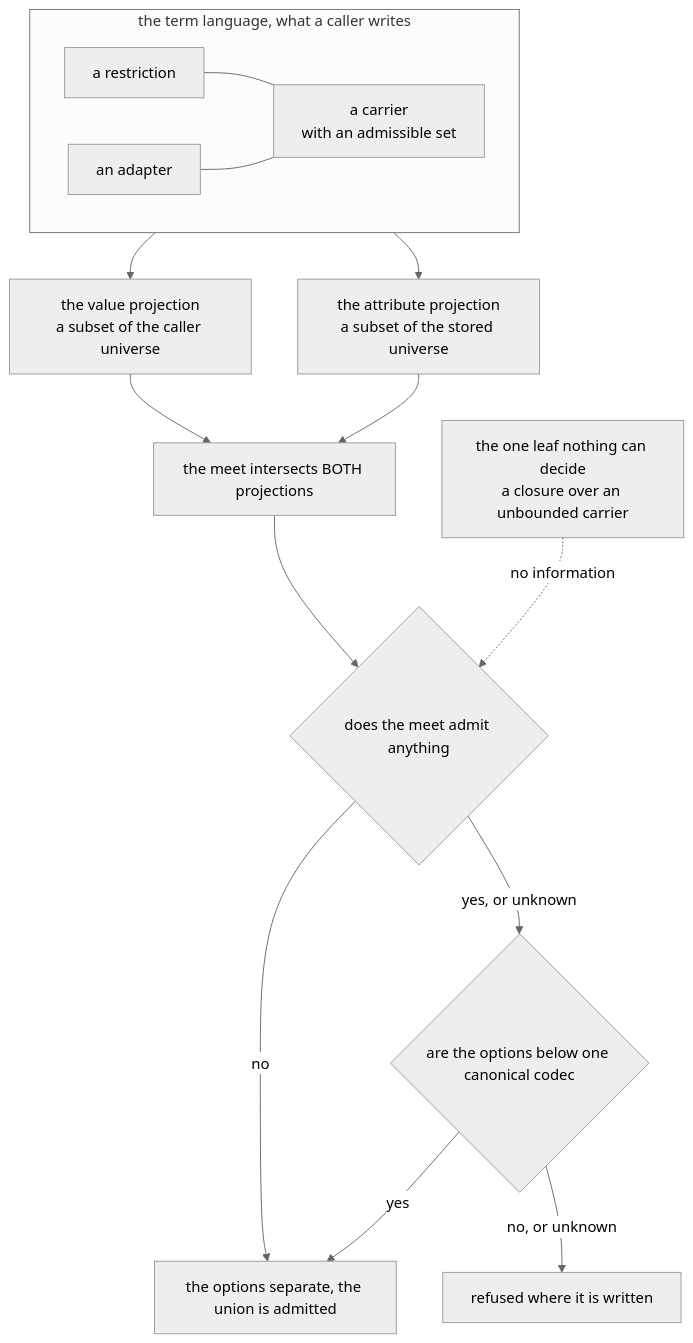
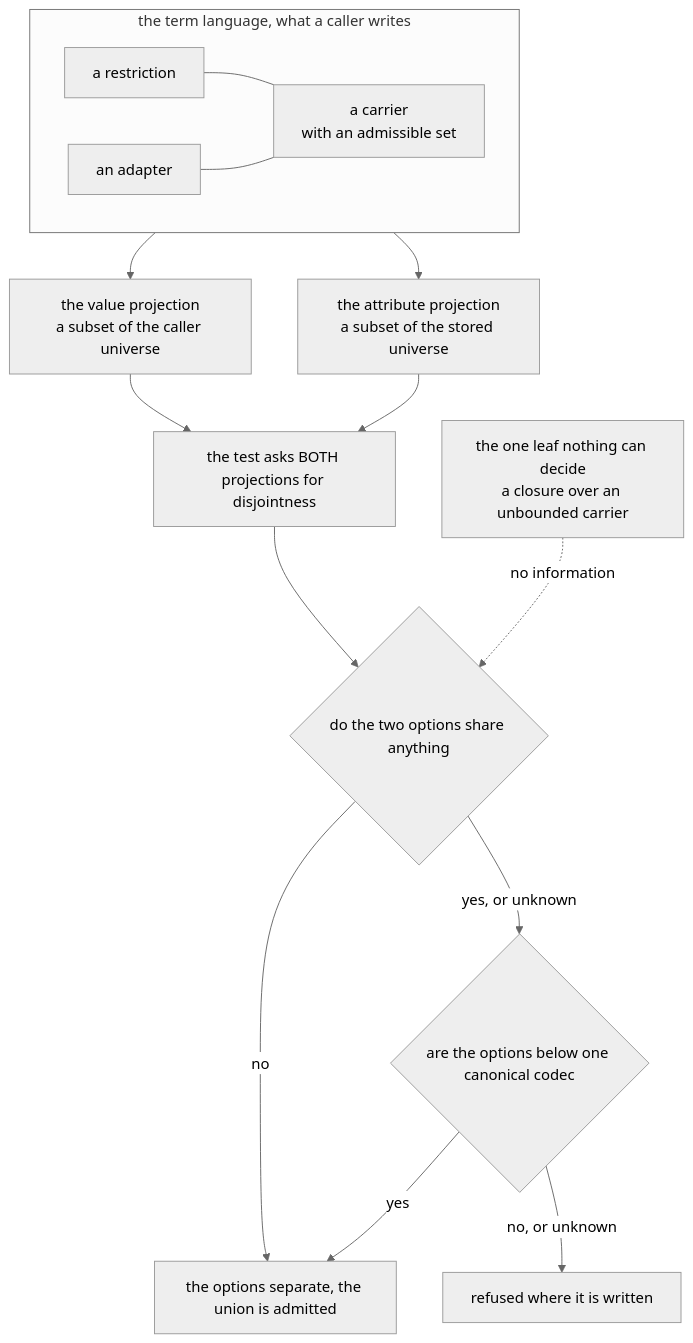
The first of 3 diagrams in docs/architecture-v2.md (josher8a/rotorise), drawn with Mermaid (neutral theme) before and after one commit. The commit also changed other lines of this file and 28 other files, not shown here.

````diff
--- a/docs/architecture-v2.md
+++ b/docs/architecture-v2.md
@@ -47,21 +47,21 @@
 ```mermaid
 flowchart TB
   subgraph LANG["the term language, what a caller writes"]
     direction LR
     CAR["a carrier<br/>with an admissible set"]
     RES["a restriction"]
     ADA["an adapter"]
     RES --- CAR
     ADA --- CAR
   end
   LANG --> P1["the value projection<br/>a subset of the caller universe"]
   LANG --> P2["the attribute projection<br/>a subset of the stored universe"]
-  P1 --> MEET["the meet intersects BOTH projections"]
-  P2 --> MEET
-  MEET --> Q{"does the meet admit anything"}
+  P1 --> TEST["the test asks BOTH projections for disjointness"]
+  P2 --> TEST
+  TEST --> Q{"do the two options share anything"}
   LEAF["the one leaf nothing can decide<br/>a closure over an unbounded carrier"] -. "no information" .-> Q
   Q -- "no" --> YES["the options separate, the union is admitted"]
   Q -- "yes, or unknown" --> C{"are the options below one canonical codec"}
   C -- "yes" --> YES
   C -- "no, or unknown" --> NO["refused where it is written"]
 ```
````
